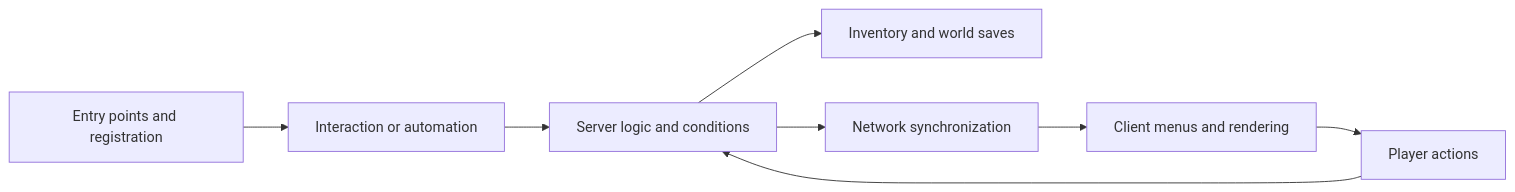
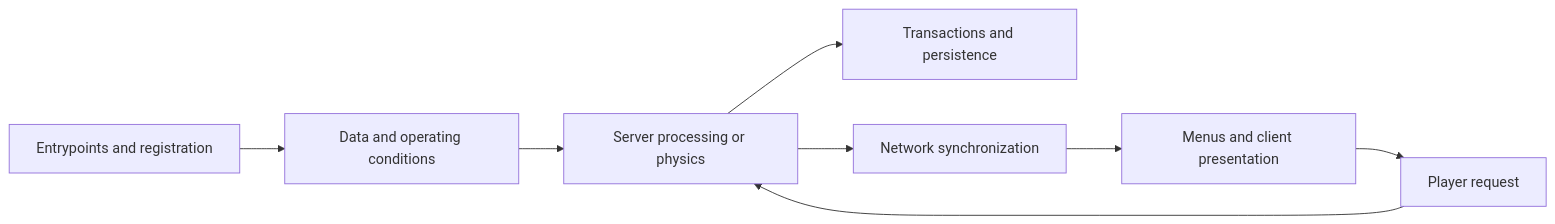
The diagram in docs/MOD-UPGRADE-AND-TESTING.en.md (Flowfangfei/create-263-modpack-public), drawn with Mermaid before and after one commit. The commit also changed other lines of this file and 18 other files, not shown here.

````diff
--- a/docs/MOD-UPGRADE-AND-TESTING.en.md
+++ b/docs/MOD-UPGRADE-AND-TESTING.en.md
@@ -23,10 +23,10 @@
 ```mermaid
 flowchart LR
-    A[Entry points and registration] --> B[Interaction or automation]
-    B --> C[Server logic and conditions]
-    C --> D[Inventory and world saves]
+    A[Entrypoints and registration] --> B[Data and operating conditions]
+    B --> C[Server processing or physics]
+    C --> D[Transactions and persistence]
     C --> E[Network synchronization]
-    E --> F[Client menus and rendering]
-    F --> G[Player actions]
+    E --> F[Menus and client presentation]
+    F --> G[Player request]
     G --> C
 ```
````
